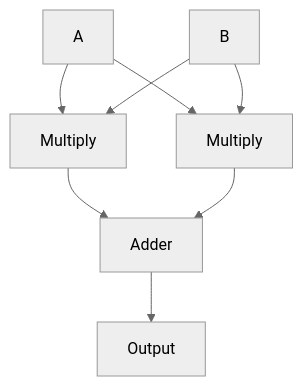
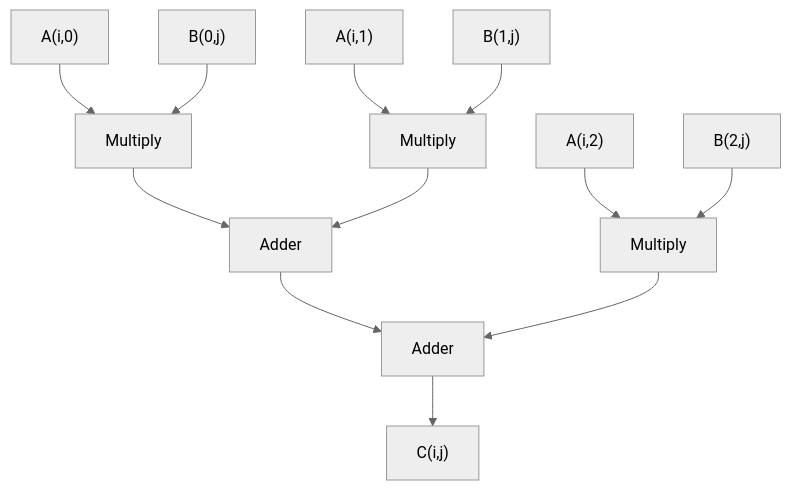
The second of 3 diagrams in README.md (siddhaantxsingh/Comparative-Analysis-Of-Different-Kind-of-Matrix-Multipliers-Using-Verilog), drawn with Mermaid (neutral theme) before and after one commit. The commit also changed other lines of this file, not shown here.

````diff
--- a/README.md
+++ b/README.md
@@ -50,12 +52,17 @@
 ```mermaid
 flowchart TB
-    A["A"] --> M1["Multiply"]
-    B["B"] --> M1
+    A0["A(i,0)"] --> M0["Multiply"]
+    B0["B(0,j)"] --> M0
 
-    A --> M2["Multiply"]
-    B --> M2
+    A1["A(i,1)"] --> M1["Multiply"]
+    B1["B(1,j)"] --> M1
 
-    M1 --> ADD["Adder"]
-    M2 --> ADD
-    ADD --> OUT["Output"]
+    A2["A(i,2)"] --> M2["Multiply"]
+    B2["B(2,j)"] --> M2
+
+    M0 --> S1["Adder"]
+    M1 --> S1
+    S1 --> S2["Adder"]
+    M2 --> S2
+    S2 --> OUT["C(i,j)"]
 ```
````
